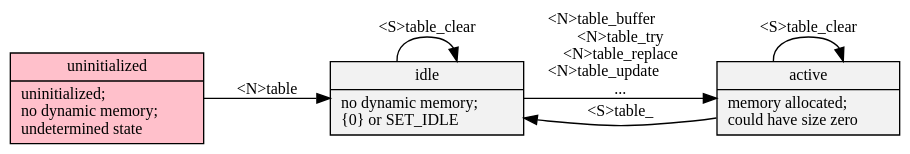
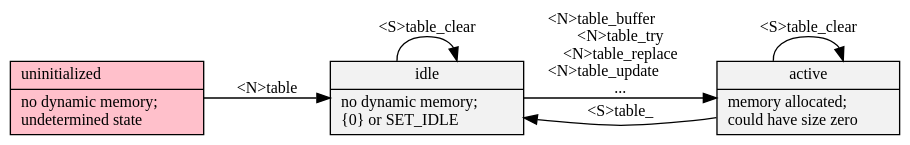
One commit to neil-edelman/boxes changed the diagram in web/states.gv. Above: the diagram before and after it, drawn with Graphviz. The commit also changed 4 other files, not shown here.

```diff
--- a/web/states.gv
+++ b/web/states.gv
@@ -1,19 +1,19 @@
 digraph {
 	rankdir = LR;
 	graph [truecolor=true, bgcolor=transparent];
 	node [shape = "record", style=filled, fillcolor="Grey95"];
 	fontname = "Bitstream Vera Sans";
 	fontsize = 12;
 	node [fontname = "Bitstream Vera Sans", fontsize = 12];
 	edge [fontname = "Bitstream Vera Sans" fontsize = 12];
 
 	node [shape=record, style=filled];
-	null [label="uninitialized|uninitialized;\lno dynamic memory;\lundetermined state\l", fillcolor="Pink"];
+	null [label="uninitialized\l|no dynamic memory;\lundetermined state\l", fillcolor="Pink"];
 	static [ label = "idle|no dynamic memory;\l\{0\} or SET_IDLE\l" ];
 	dynamic [ label = "active|memory allocated;\lcould have size zero\l" ];
 	null -> static [ label = "<N>table" ];
 	static -> dynamic [ label = "<N>table_buffer\l<N>table_try\n<N>table_replace\n<N>table_update\l..." ];
 	dynamic -> static [ label = "<S>table_" ];
 	dynamic -> dynamic [ label = "<S>table_clear" ];
 	static -> static [ label = "<S>table_clear" ];
 }
```
